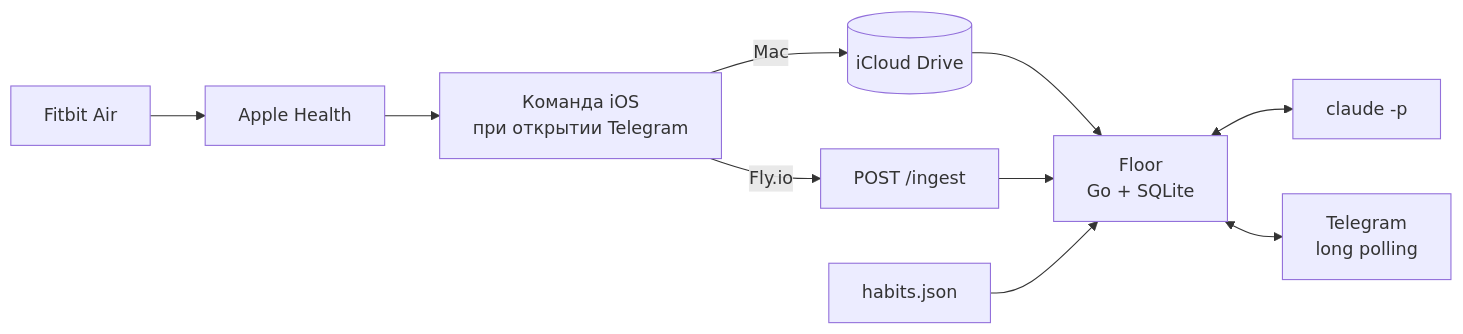
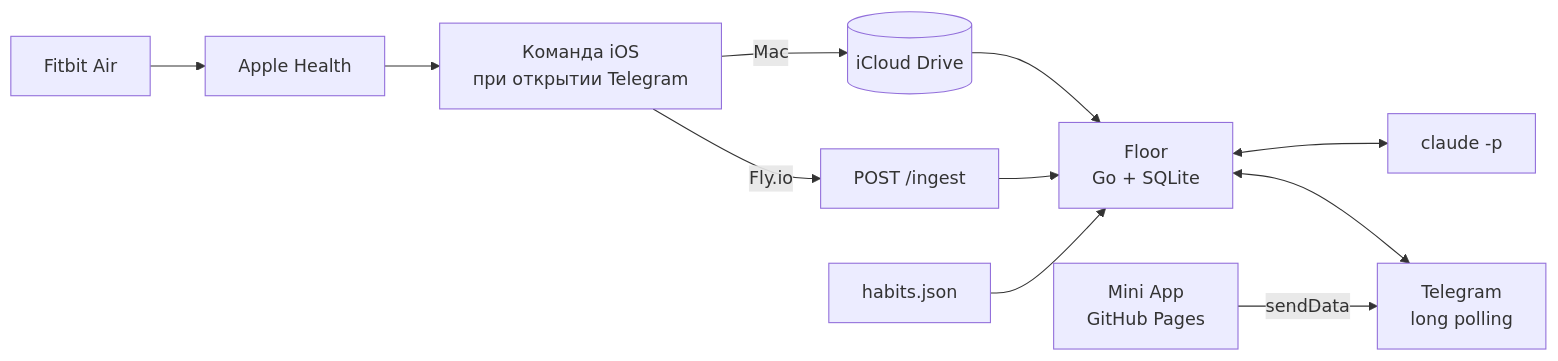
One commit to adamauthor/floor changed the diagram in README.md. Above: the diagram before and after it, drawn with Mermaid. The commit also changed other lines of this file and 21 other files, not shown here.

First line of the commit message:
Настройки в Telegram: Mini App для привычек, подъёма, шагов и времени сообщений

````diff
--- a/README.md
+++ b/README.md
@@ -112,12 +114,13 @@
 ```mermaid
 flowchart LR
     F[Fitbit Air] --> AH[Apple Health]
     AH --> SC[Команда iOS<br/>при открытии Telegram]
     SC -- Mac --> IC[(iCloud Drive)]
     SC -- Fly.io --> EP[POST /ingest]
     IC --> B
     EP --> B[Floor<br/>Go + SQLite]
     H[habits.json] --> B
+    MA[Mini App<br/>GitHub Pages] -- sendData --> T
     B <--> C[claude -p]
     B <--> T[Telegram<br/>long polling]
 ```
````
